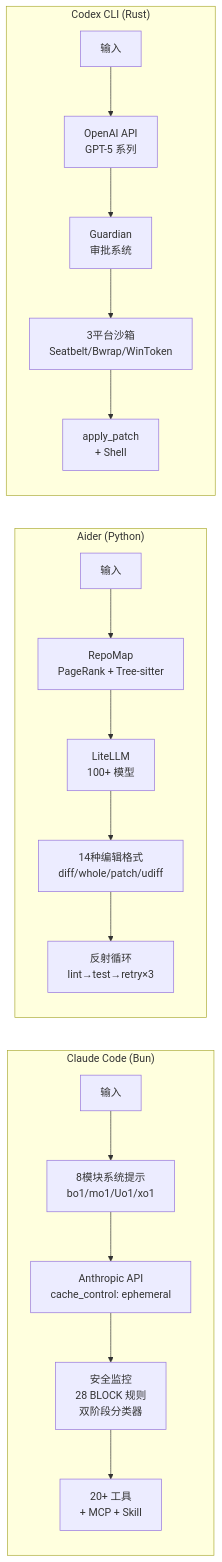
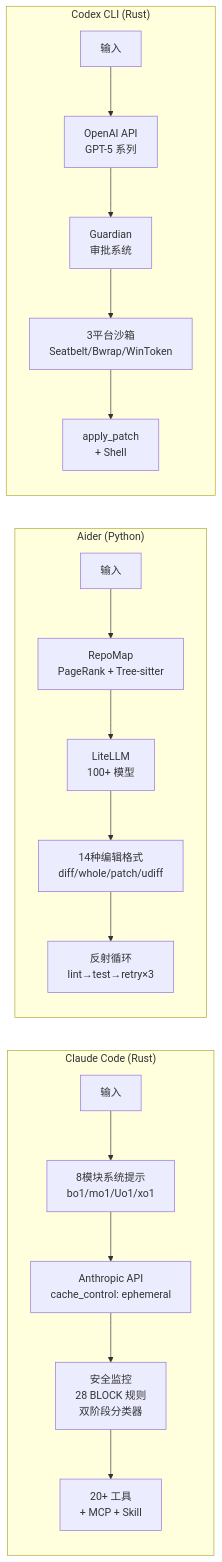
The second of 3 diagrams in docs/comparison/architecture-deep-dive.md (wenshao/codeagents), drawn with Mermaid before and after one commit. The commit also changed other lines of this file, not shown here.

First line of the commit message:
Fix: architecture-deep-dive.md - 8 critical corrections

````diff
--- a/docs/comparison/architecture-deep-dive.md
+++ b/docs/comparison/architecture-deep-dive.md
@@ -37,23 +37,23 @@
 ```mermaid
 graph LR
-    subgraph "Claude Code (Bun)"
+    subgraph "Claude Code (Rust)"
         CC_IN[输入] --> CC_SYS["8模块系统提示<br/>bo1/mo1/Uo1/xo1"]
         CC_SYS --> CC_API["Anthropic API<br/>cache_control: ephemeral"]
         CC_API --> CC_SEC["安全监控<br/>28 BLOCK 规则<br/>双阶段分类器"]
         CC_SEC --> CC_TOOL["20+ 工具<br/>+ MCP + Skill"]
     end
 
     subgraph "Aider (Python)"
         AI_IN[输入] --> AI_MAP["RepoMap<br/>PageRank + Tree-sitter"]
         AI_MAP --> AI_API["LiteLLM<br/>100+ 模型"]
         AI_API --> AI_EDIT["14种编辑格式<br/>diff/whole/patch/udiff"]
         AI_EDIT --> AI_REF["反射循环<br/>lint→test→retry×3"]
     end
 
     subgraph "Codex CLI (Rust)"
         CX_IN[输入] --> CX_API["OpenAI API<br/>GPT-5 系列"]
         CX_API --> CX_GUARD["Guardian<br/>审批系统"]
         CX_GUARD --> CX_SAND["3平台沙箱<br/>Seatbelt/Bwrap/WinToken"]
         CX_SAND --> CX_TOOL["apply_patch<br/>+ Shell"]
     end
 ```
````
